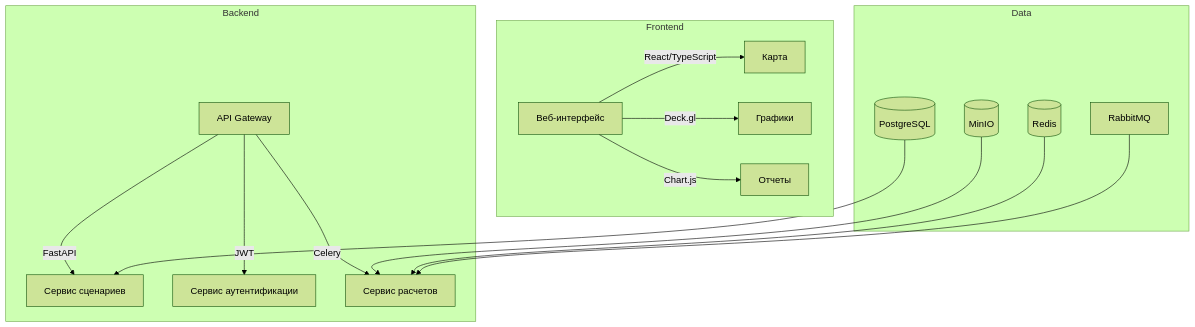
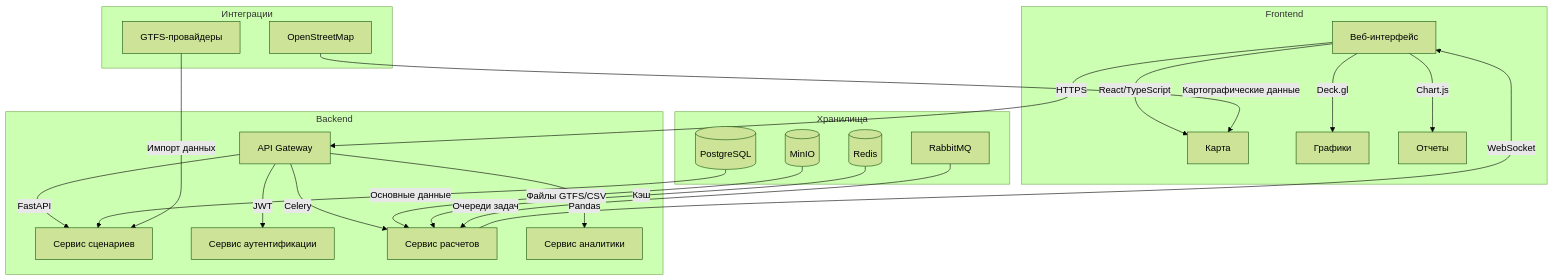
One commit to Yureeeeec/CitySim changed the diagram in docs/architecture/detail_arch.md. Above: the diagram before and after it, drawn with Mermaid (forest theme).

````diff
--- a/docs/architecture/detail_arch.md
+++ b/docs/architecture/detail_arch.md
@@ -9,21 +9,30 @@
 ```mermaid
 graph TD
     subgraph Frontend
         A[Веб-интерфейс] -->|React/TypeScript| B[Карта]
         A -->|Deck.gl| C[Графики]
         A -->|Chart.js| D[Отчеты]
     end
 
     subgraph Backend
         E[API Gateway] -->|FastAPI| F[Сервис сценариев]
         E -->|JWT| G[Сервис аутентификации]
         E -->|Celery| H[Сервис расчетов]
+        E -->|Pandas| I[Сервис аналитики]
     end
 
-    subgraph Data
-        I[(PostgreSQL)] --> F
-        J[(MinIO)] --> H
-        K[(Redis)] --> H
-        L[RabbitMQ] --> H
+    subgraph Хранилища
+        J[(PostgreSQL)] -->|Основные данные| F
+        K[(MinIO)] -->|Файлы GTFS/CSV| H
+        L[(Redis)] -->|Кэш| H
+        M[RabbitMQ] -->|Очереди задач| H
     end
+
+    subgraph Интеграции
+        N[OpenStreetMap] -->|Картографические данные| B
+        O[GTFS-провайдеры] -->|Импорт данных| F
+    end
+
+    A -->|HTTPS| E
+    H -->|WebSocket| A
 ```
````
